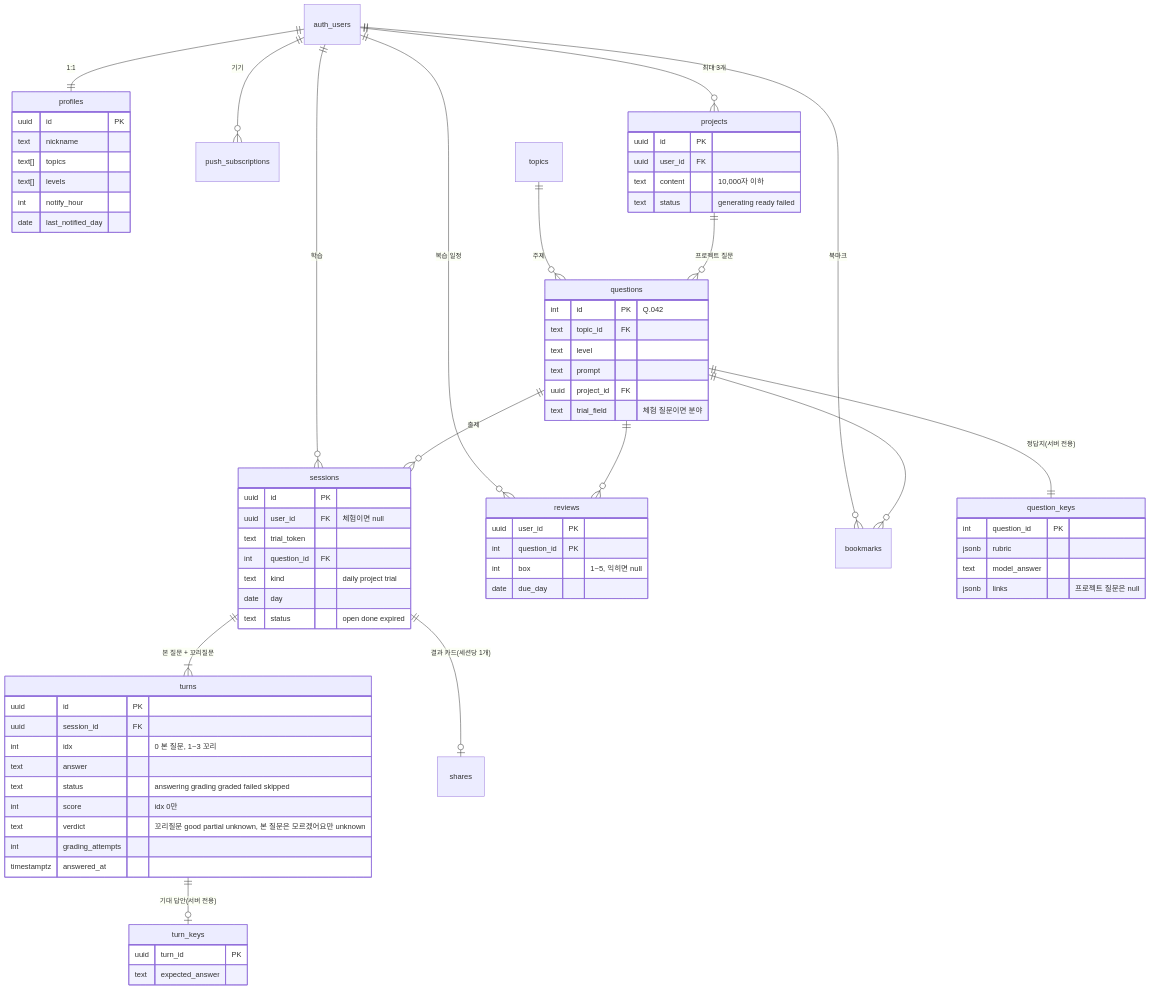
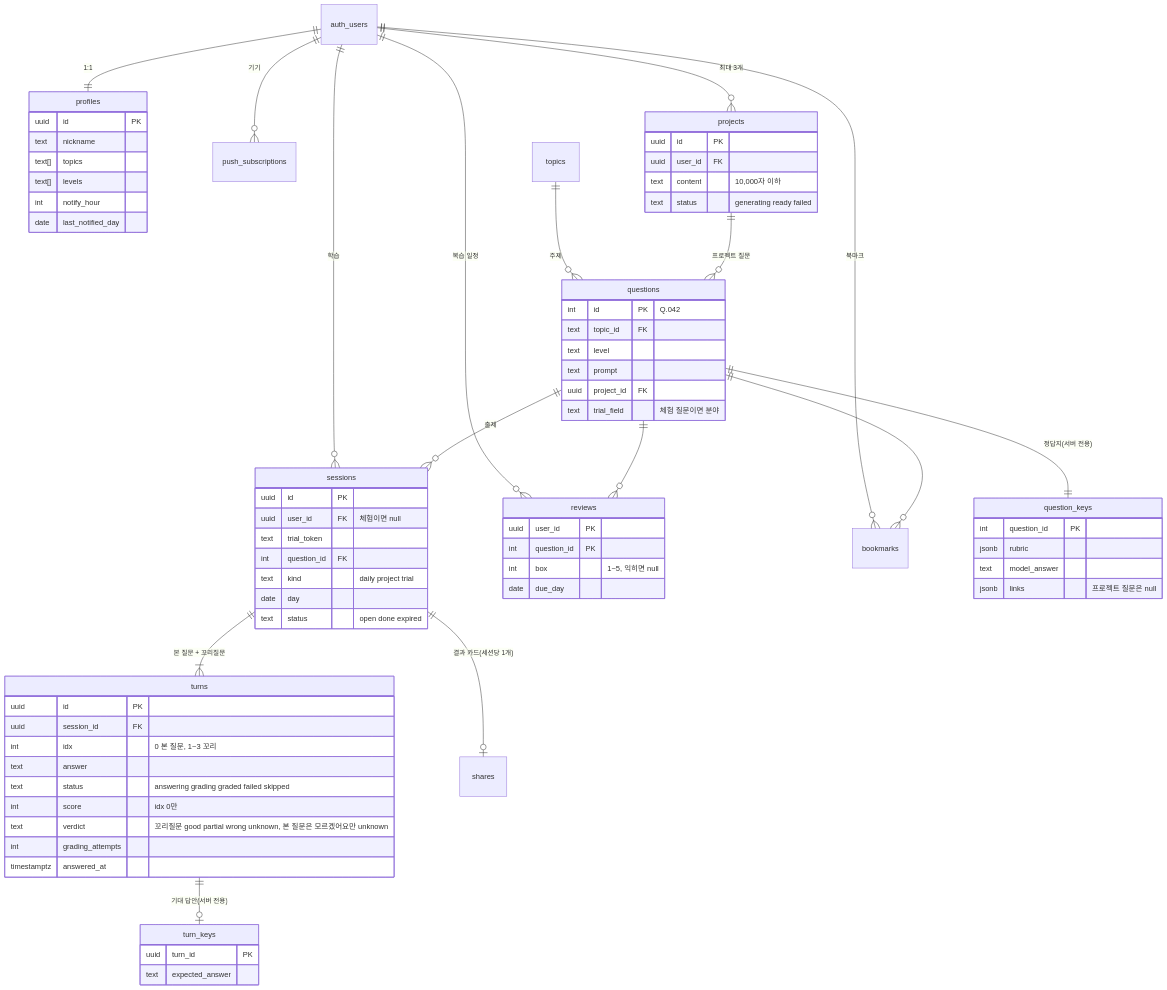
One commit to GREED-YI/tailq changed the third of 3 diagrams in docs/08-architecture.md. Above: the diagram before and after it, drawn with Mermaid. The commit also changed other lines of this file and 2 other files, not shown here.

````diff
--- a/docs/08-architecture.md
+++ b/docs/08-architecture.md
@@ -203,77 +203,77 @@
 ```mermaid
 erDiagram
   auth_users ||--|| profiles : "1:1"
   auth_users ||--o{ push_subscriptions : "기기"
   auth_users ||--o{ projects : "최대 3개"
   auth_users ||--o{ sessions : "학습"
   auth_users ||--o{ reviews : "복습 일정"
   auth_users ||--o{ bookmarks : "북마크"
   topics ||--o{ questions : "주제"
   projects ||--o{ questions : "프로젝트 질문"
   questions ||--|| question_keys : "정답지(서버 전용)"
   questions ||--o{ sessions : "출제"
   questions ||--o{ reviews : ""
   questions ||--o{ bookmarks : ""
   sessions ||--|{ turns : "본 질문 + 꼬리질문"
   turns ||--o| turn_keys : "기대 답안(서버 전용)"
   sessions ||--o| shares : "결과 카드(세션당 1개)"
 
   profiles {
     uuid id PK
     text nickname
     text[] topics
     text[] levels
     int notify_hour
     date last_notified_day
   }
   questions {
     int id PK "Q.042"
     text topic_id FK
     text level
     text prompt
     uuid project_id FK
     text trial_field "체험 질문이면 분야"
   }
   question_keys {
     int question_id PK
     jsonb rubric
     text model_answer
     jsonb links "프로젝트 질문은 null"
   }
   sessions {
     uuid id PK
     uuid user_id FK "체험이면 null"
     text trial_token
     int question_id FK
     text kind "daily project trial"
     date day
     text status "open done expired"
   }
   turns {
     uuid id PK
     uuid session_id FK
     int idx "0 본 질문, 1~3 꼬리"
     text answer
     text status "answering grading graded failed skipped"
     int score "idx 0만"
-    text verdict "꼬리질문 good partial unknown, 본 질문은 모르겠어요만 unknown"
+    text verdict "꼬리질문 good partial wrong unknown, 본 질문은 모르겠어요만 unknown"
     int grading_attempts
     timestamptz answered_at
   }
   turn_keys {
     uuid turn_id PK
     text expected_answer
   }
   reviews {
     uuid user_id PK
     int question_id PK
     int box "1~5, 익히면 null"
     date due_day
   }
   projects {
     uuid id PK
     uuid user_id FK
     text content "10,000자 이하"
     text status "generating ready failed"
   }
 ```
````
